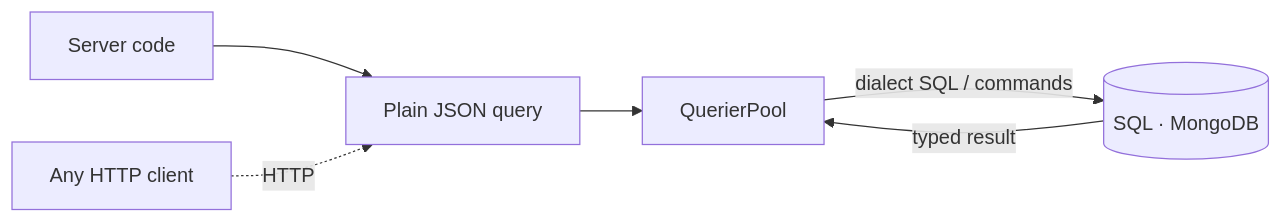
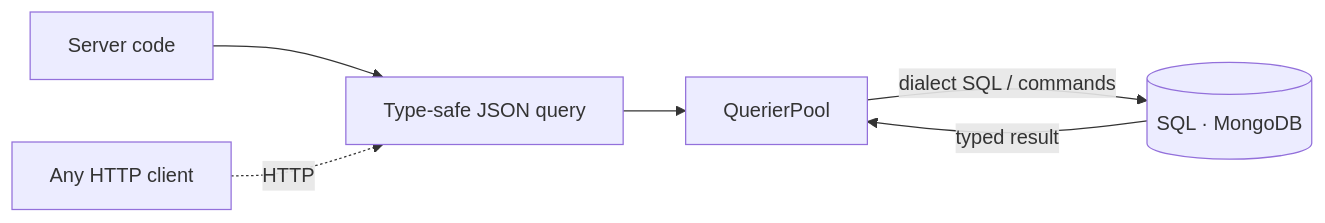
The diagram in src/content/docs/index.mdx (rogerpadilla/uql-web), drawn with Mermaid before and after one commit. The commit also changed other lines of this file, not shown here.

````diff
--- a/src/content/docs/index.mdx
+++ b/src/content/docs/index.mdx
@@ -30,8 +30,8 @@
 ```mermaid
 graph LR
-    S["Server code"] --> Q["Plain JSON query"]
+    S["Server code"] --> Q["Type-safe JSON query"]
     C["Any HTTP client"] -. "HTTP" .-> Q
     Q --> P["QuerierPool"]
     P -- "dialect SQL / commands" --> DB[("SQL · MongoDB")]
     DB -- "typed result" --> P
 ```
````
